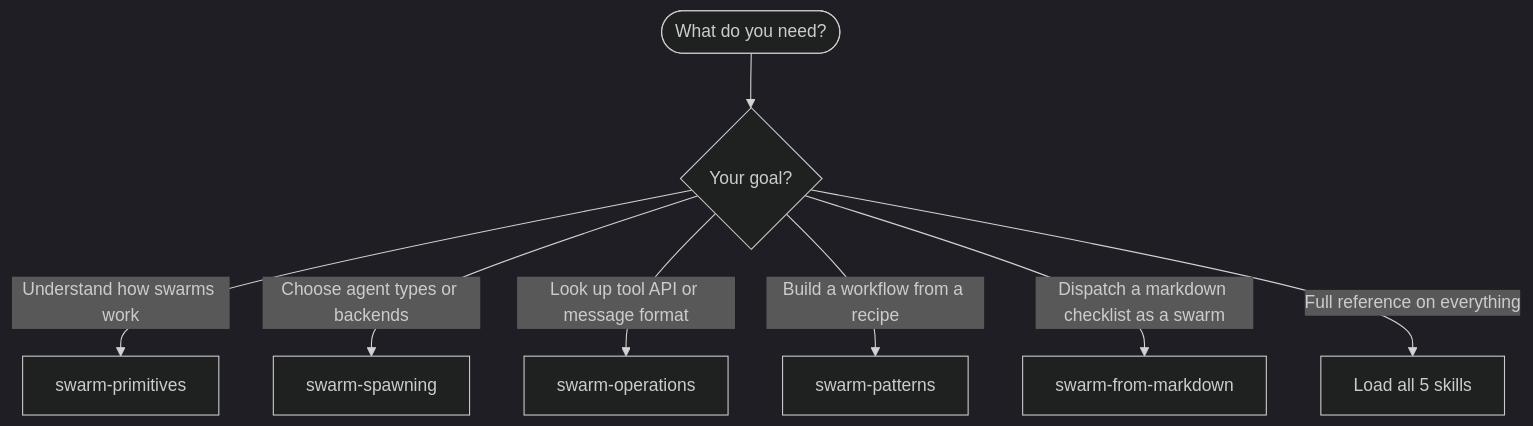
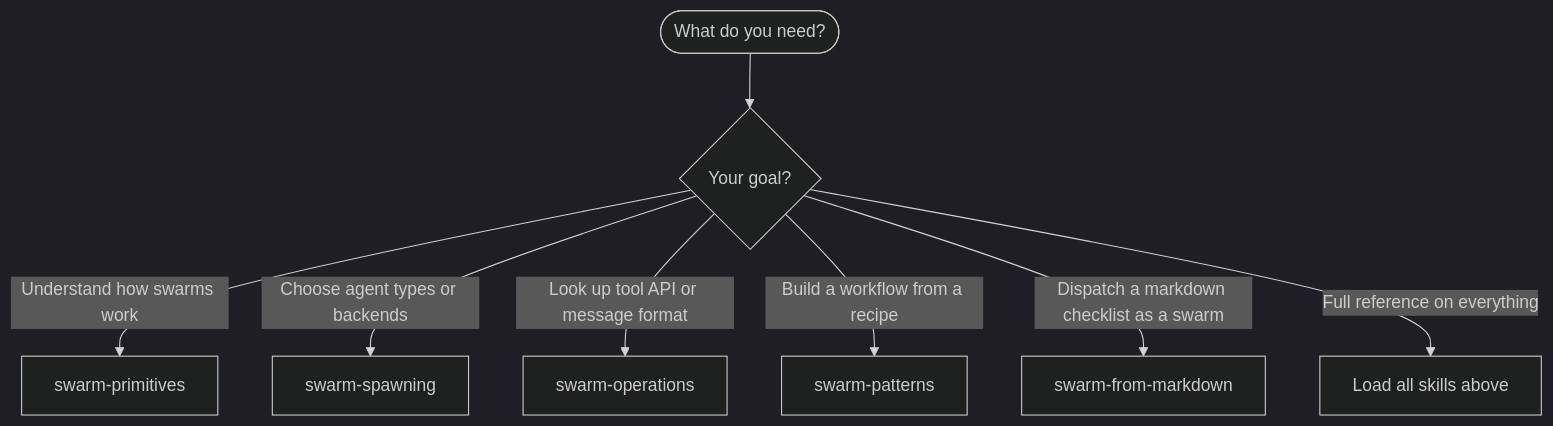
The diagram in .claude/skills/orchestrating-swarms/SKILL.md (Jamie-BitFlight/claude_skills), drawn with Mermaid (dark theme) before and after one commit. The commit also changed 101 other files, not shown here.

````diff
--- a/.claude/skills/orchestrating-swarms/SKILL.md
+++ b/.claude/skills/orchestrating-swarms/SKILL.md
@@ -50,10 +50,10 @@
 ```mermaid
 flowchart TD
     Start([What do you need?]) --> Q1{Your goal?}
     Q1 -->|Understand how swarms work| P[swarm-primitives]
     Q1 -->|Choose agent types or backends| S[swarm-spawning]
     Q1 -->|Look up tool API or message format| O[swarm-operations]
     Q1 -->|Build a workflow from a recipe| R[swarm-patterns]
     Q1 -->|Dispatch a markdown checklist as a swarm| M[swarm-from-markdown]
-    Q1 -->|Full reference on everything| All[Load all 5 skills]
+    Q1 -->|Full reference on everything| All[Load all skills above]
 ```
````
